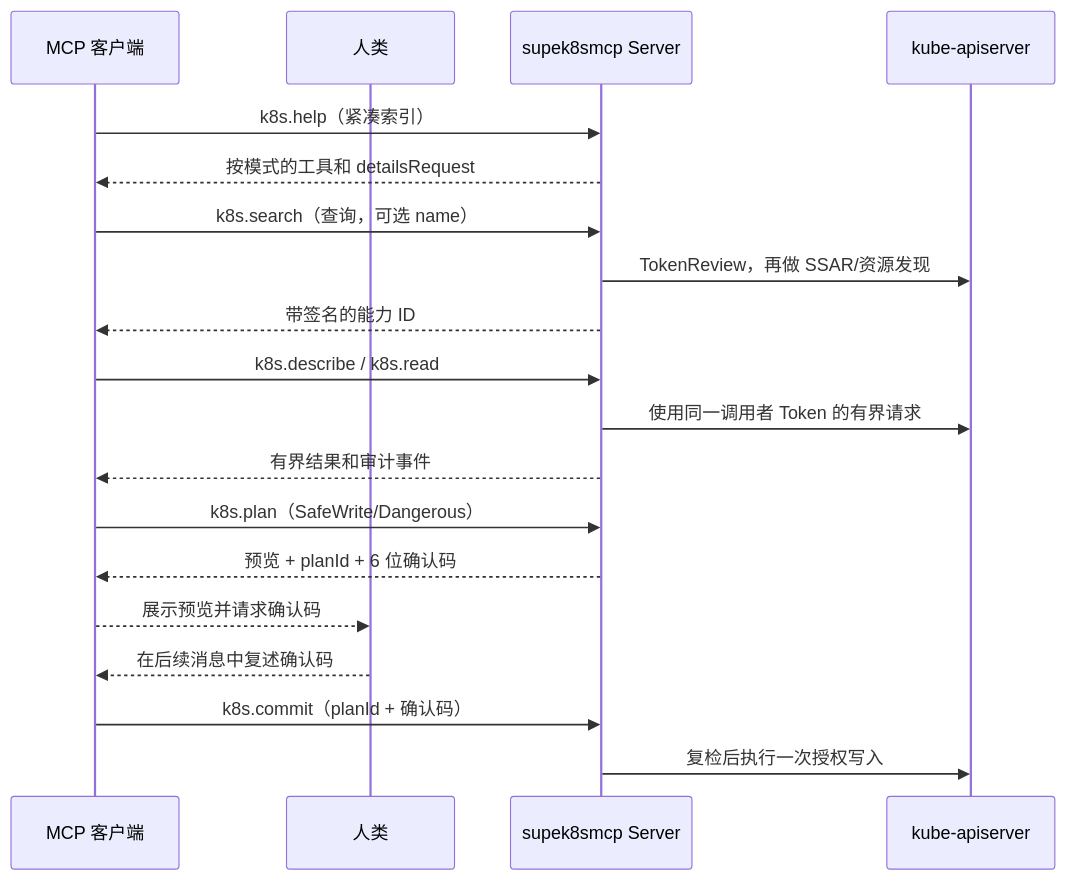
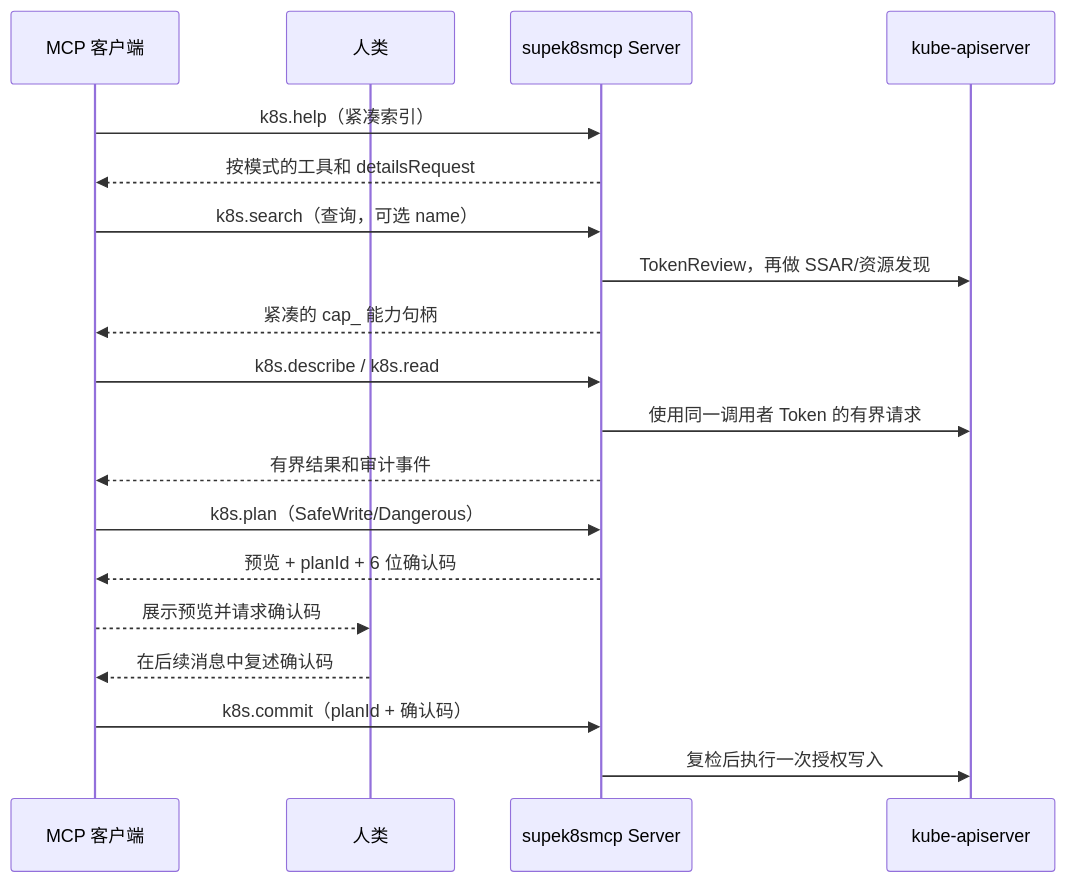
Before and after one commit to SamuelSupe/supek8smcp: the first of 2 diagrams in README.zh-CN.md, drawn with Mermaid. The commit also changed other lines of this file and 28 other files, not shown here.

````diff
--- a/README.zh-CN.md
+++ b/README.zh-CN.md
@@ -51,21 +51,21 @@
 ```mermaid
 sequenceDiagram
     participant C as MCP 客户端
     participant H as 人类
     participant S as supek8smcp Server
     participant K as kube-apiserver
     C->>S: k8s.help（紧凑索引）
     S-->>C: 按模式的工具和 detailsRequest
     C->>S: k8s.search（查询，可选 name）
     S->>K: TokenReview，再做 SSAR/资源发现
-    S-->>C: 带签名的能力 ID
+    S-->>C: 紧凑的 cap_ 能力句柄
     C->>S: k8s.describe / k8s.read
     S->>K: 使用同一调用者 Token 的有界请求
     S-->>C: 有界结果和审计事件
     C->>S: k8s.plan（SafeWrite/Dangerous）
     S-->>C: 预览 + planId + 6 位确认码
     C-->>H: 展示预览并请求确认码
     H-->>C: 在后续消息中复述确认码
     C->>S: k8s.commit（planId + 确认码）
     S->>K: 复检后执行一次授权写入
 ```
````
